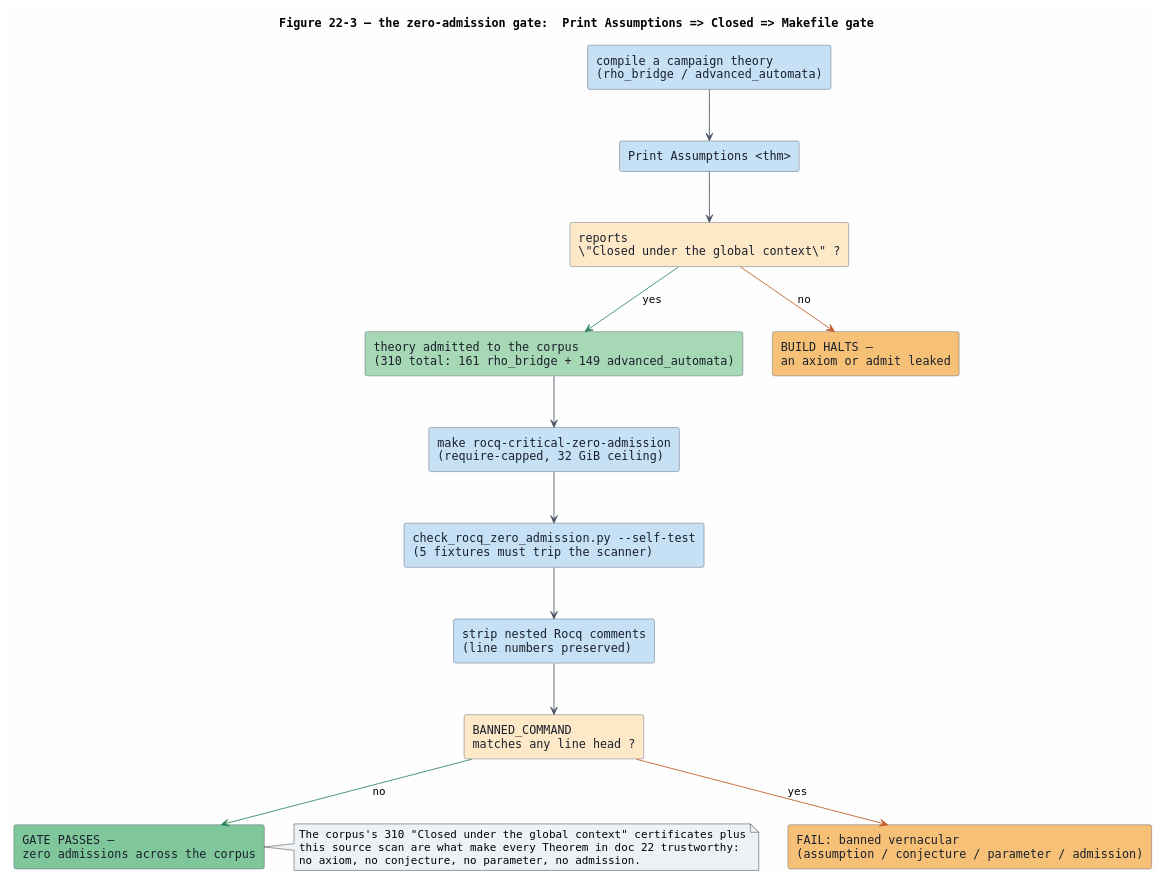
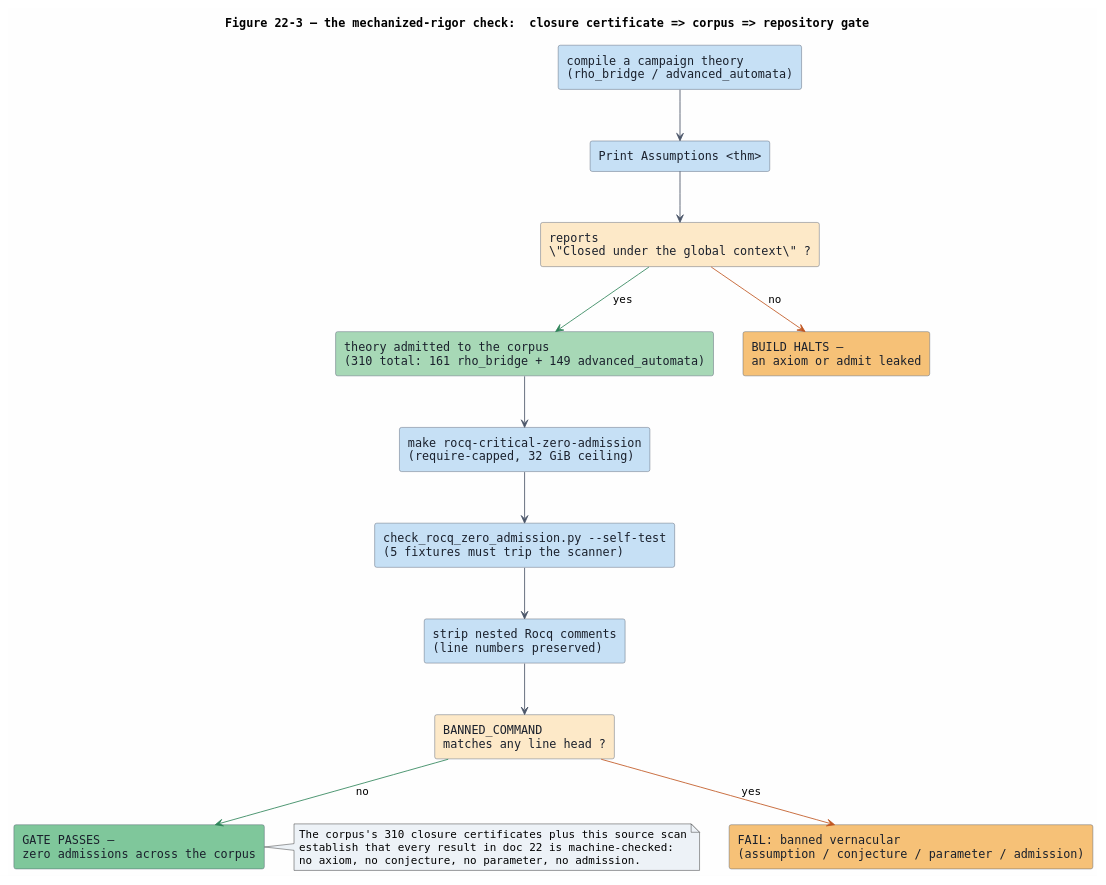
One commit to F1R3FLY-io/mettail-rust changed the diagram in docs/architecture/rho-native-integration/figures/22-zero-admission-gate.puml. Above: the diagram before and after it, drawn with PlantUML. The commit also changed 90 other files, not shown here.

```diff
--- a/docs/architecture/rho-native-integration/figures/22-zero-admission-gate.puml
+++ b/docs/architecture/rho-native-integration/figures/22-zero-admission-gate.puml
@@ -1,47 +1,47 @@
 @startuml
-' Figure 22-3: the zero-admission gate as a top-to-bottom flow. Each theory compiles
-' and prints its assumptions (Closed, or the build halts); the Makefile gate self-tests
-' the scanner and re-scans every source for the banned proof-incompleteness vernaculars.
+' Figure 22-3: the mechanized-rigor check as a top-to-bottom flow. Each theory compiles
+' and its proof-term audit reports closure (or the build halts); the Makefile gate
+' self-tests the scanner and re-scans every source for the banned incompleteness commands.
 ' Rendered with rectangle fills (not activity nodes) so hex colors stay clean in the SVG.
 skinparam backgroundColor #FEFEFE
 skinparam defaultFontName monospaced
 skinparam shadowing false
 skinparam rectangle {
   BorderColor #4A5568
   FontColor #1A202C
 }
 skinparam ArrowColor #4A5568
 top to bottom direction
 
-title Figure 22-3 — the zero-admission gate:  Print Assumptions => Closed => Makefile gate
+title Figure 22-3 — the mechanized-rigor check:  closure certificate => corpus => repository gate
 
 rectangle "compile a campaign theory\n(rho_bridge / advanced_automata)" as COMPILE #C6E0F5
 rectangle "Print Assumptions <thm>" as PRINT #C6E0F5
 rectangle "reports\n\"Closed under the global context\" ?" as CLOSED #FDE9C8
 rectangle "theory admitted to the corpus\n(310 total: 161 rho_bridge + 149 advanced_automata)" as CORPUS #A7D8B6
 rectangle "BUILD HALTS —\nan axiom or admit leaked" as HALT1 #F6C177
 
 rectangle "make rocq-critical-zero-admission\n(require-capped, 32 GiB ceiling)" as MAKE #C6E0F5
 rectangle "check_rocq_zero_admission.py --self-test\n(5 fixtures must trip the scanner)" as SELFTEST #C6E0F5
 rectangle "strip nested Rocq comments\n(line numbers preserved)" as STRIP #C6E0F5
 rectangle "BANNED_COMMAND\nmatches any line head ?" as BANNED #FDE9C8
 rectangle "FAIL: banned vernacular\n(assumption / conjecture / parameter / admission)" as FAIL #F6C177
 rectangle "GATE PASSES —\nzero admissions across the corpus" as PASS #7FC79B
 
 COMPILE --> PRINT
 PRINT --> CLOSED
 CLOSED -[#2F855A]-> CORPUS : "yes"
 CLOSED -[#C05621]-> HALT1 : "no"
 CORPUS --> MAKE
 MAKE --> SELFTEST
 SELFTEST --> STRIP
 STRIP --> BANNED
 BANNED -[#C05621]-> FAIL : "yes"
 BANNED -[#2F855A]-> PASS : "no"
 
 note right of PASS #EDF2F7
-  The corpus's 310 "Closed under the global context" certificates plus
-  this source scan are what make every Theorem in doc 22 trustworthy:
+  The corpus's 310 closure certificates plus this source scan
+  establish that every result in doc 22 is machine-checked:
   no axiom, no conjecture, no parameter, no admission.
 end note
 @enduml
```
